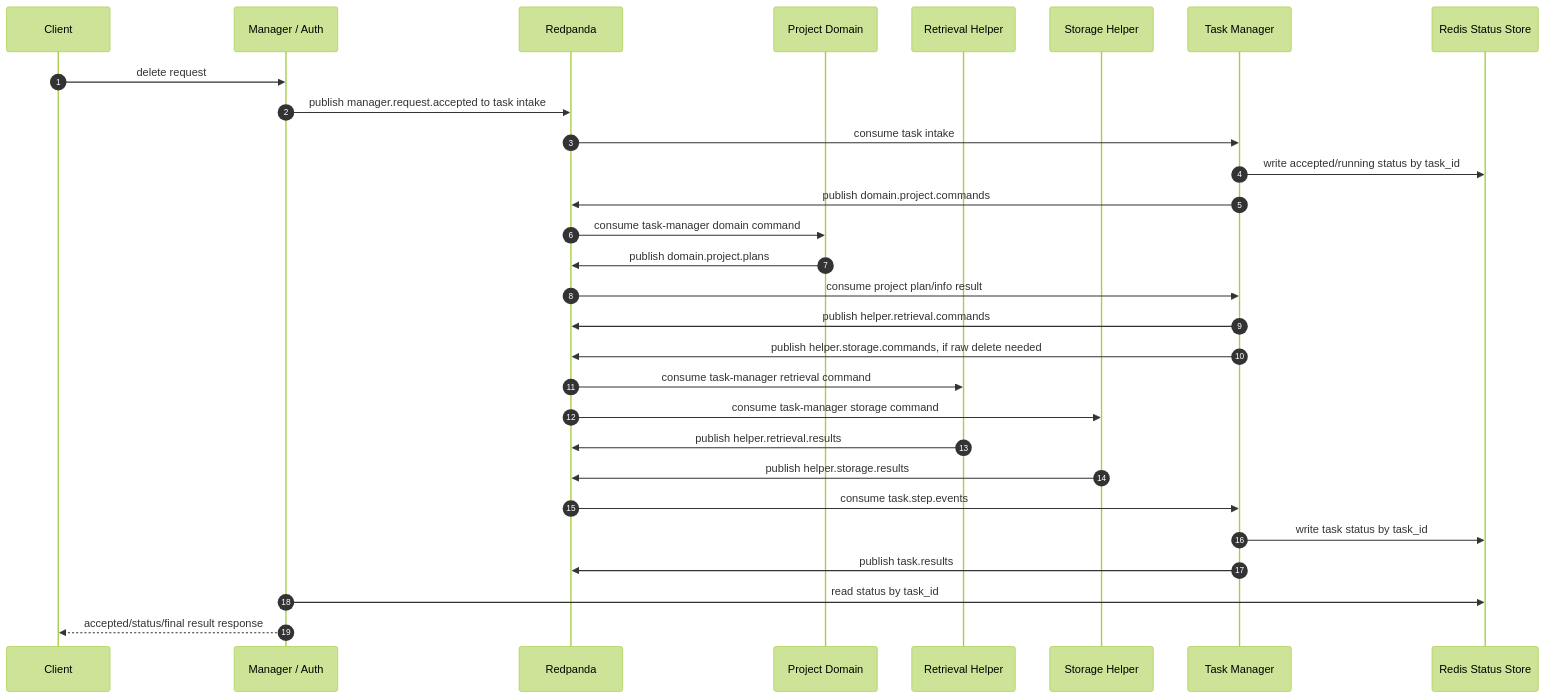
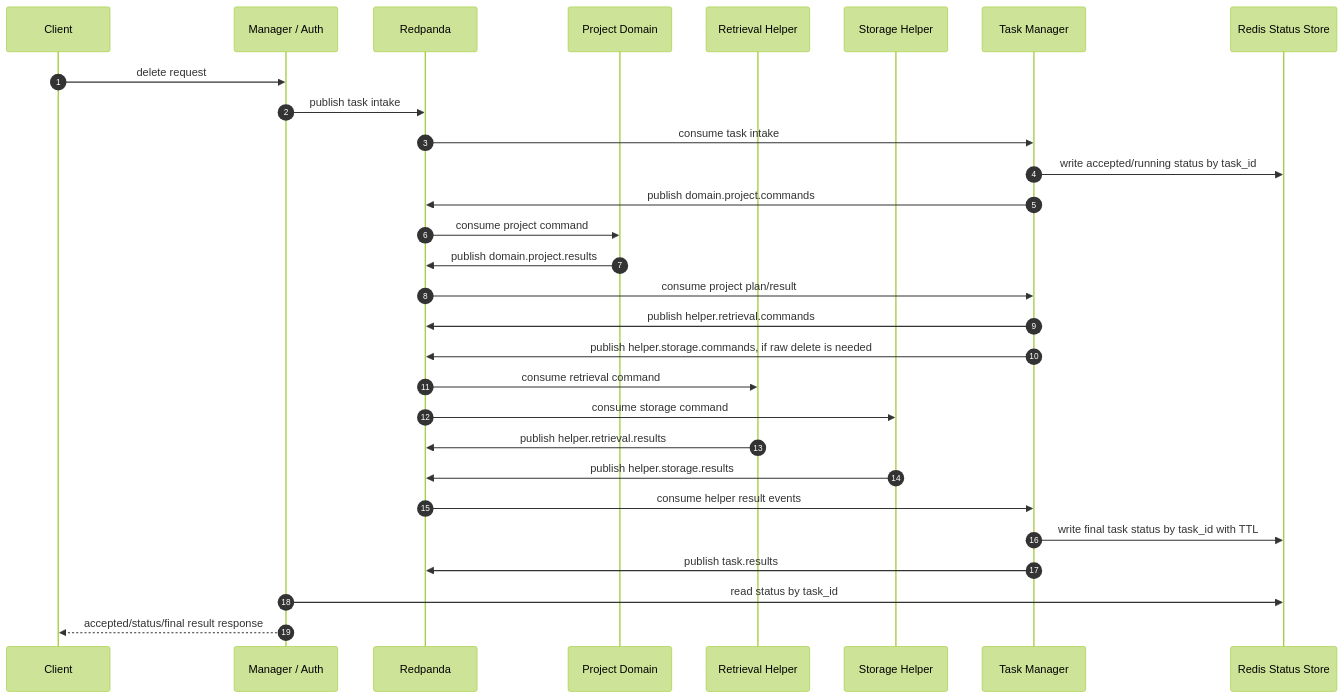
The fourth of 7 diagrams in progress.md (bruuuuuceliu/qdrant_rag_server), drawn with Mermaid (forest theme) before and after one commit. The commit also changed other lines of this file and 212 other files, not shown here.

````diff
--- a/progress.md
+++ b/progress.md
@@ -281,32 +143,32 @@
 ```mermaid
 sequenceDiagram
     autonumber
     participant C as Client
     participant M as Manager / Auth
     participant B as Redpanda
     participant P as Project Domain
     participant R as Retrieval Helper
     participant S as Storage Helper
     participant T as Task Manager
     participant Redis as Redis Status Store
 
     C->>M: delete request
-    M->>B: publish manager.request.accepted to task intake
+    M->>B: publish task intake
     B->>T: consume task intake
     T->>Redis: write accepted/running status by task_id
     T->>B: publish domain.project.commands
-    B->>P: consume task-manager domain command
-    P->>B: publish domain.project.plans
-    B->>T: consume project plan/info result
+    B->>P: consume project command
+    P->>B: publish domain.project.results
+    B->>T: consume project plan/result
     T->>B: publish helper.retrieval.commands
-    T->>B: publish helper.storage.commands, if raw delete needed
-    B->>R: consume task-manager retrieval command
-    B->>S: consume task-manager storage command
+    T->>B: publish helper.storage.commands, if raw delete is needed
+    B->>R: consume retrieval command
+    B->>S: consume storage command
     R->>B: publish helper.retrieval.results
     S->>B: publish helper.storage.results
-    B->>T: consume task.step.events
-    T->>Redis: write task status by task_id
+    B->>T: consume helper result events
+    T->>Redis: write final task status by task_id with TTL
     T->>B: publish task.results
     M->>Redis: read status by task_id
     M-->>C: accepted/status/final result response
 ```
````
